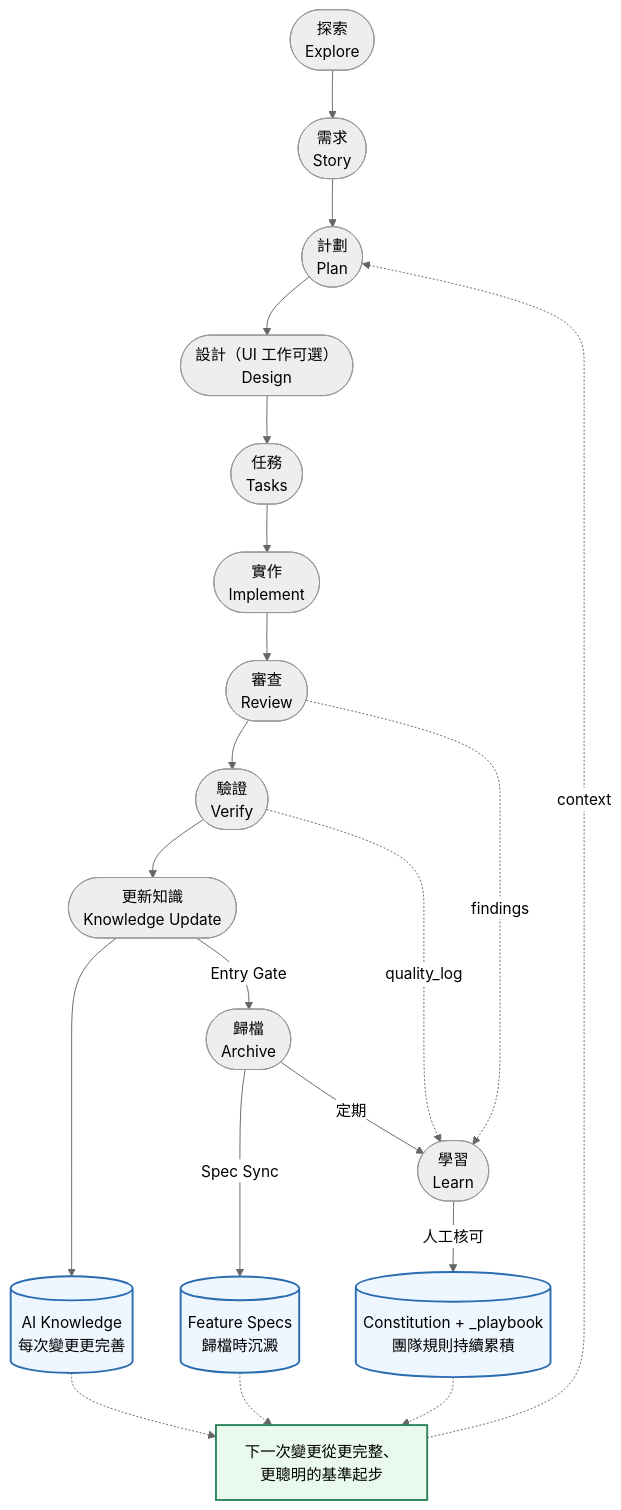
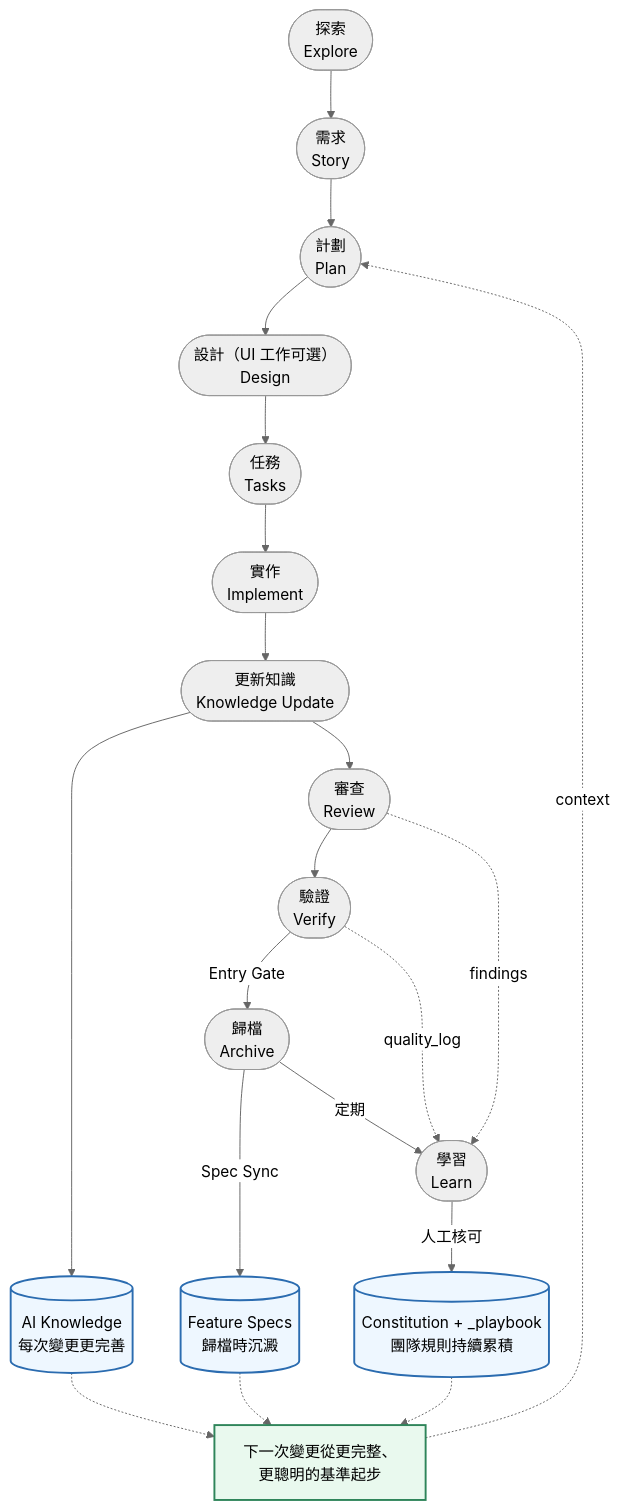
The diagram in docs/concepts/how-it-works.zh-TW.md (benwu95/prospec), drawn with Mermaid (neutral theme) before and after one commit. The commit also changed 79 other files, not shown here.

First line of the commit message:
feat(lifecycle): sync Knowledge before the final test record and review baseline

````diff
--- a/docs/concepts/how-it-works.zh-TW.md
+++ b/docs/concepts/how-it-works.zh-TW.md
@@ -6,21 +6,21 @@
 ```mermaid
 flowchart TD
-    E([探索<br/>Explore]) --> S([需求<br/>Story]) --> P([計劃<br/>Plan]) --> D(["設計（UI 工作可選）<br/>Design"]) --> T([任務<br/>Tasks]) --> I([實作<br/>Implement]) --> R([審查<br/>Review]) --> V([驗證<br/>Verify]) --> KU([更新知識<br/>Knowledge Update]) -- Entry Gate --> A([歸檔<br/>Archive]) -- 定期 --> L([學習<br/>Learn])
+    E([探索<br/>Explore]) --> S([需求<br/>Story]) --> P([計劃<br/>Plan]) --> D(["設計（UI 工作可選）<br/>Design"]) --> T([任務<br/>Tasks]) --> I([實作<br/>Implement]) --> KU([更新知識<br/>Knowledge Update]) --> R([審查<br/>Review]) --> V([驗證<br/>Verify]) -- Entry Gate --> A([歸檔<br/>Archive]) -- 定期 --> L([學習<br/>Learn])
 
     V -. quality_log .-> L
     R -. findings .-> L
     L -- 人工核可 --> RULES[("Constitution + _playbook<br/>團隊規則持續累積")]
 
     KU --> AK[("AI Knowledge<br/>每次變更更完善")]
     A -- Spec Sync --> FS[("Feature Specs<br/>歸檔時沉澱")]
 
     AK -.-> NEXT["下一次變更從更完整、<br/>更聰明的基準起步"]
     FS -.-> NEXT
     RULES -.-> NEXT
     NEXT -. context .-> P
 
     classDef asset fill:#eef7ff,stroke:#2b6cb0,stroke-width:2px;
     classDef gain fill:#e9f9ee,stroke:#2f855a,stroke-width:2px;
     class AK,FS,RULES asset;
     class NEXT gain;
 ```
````
